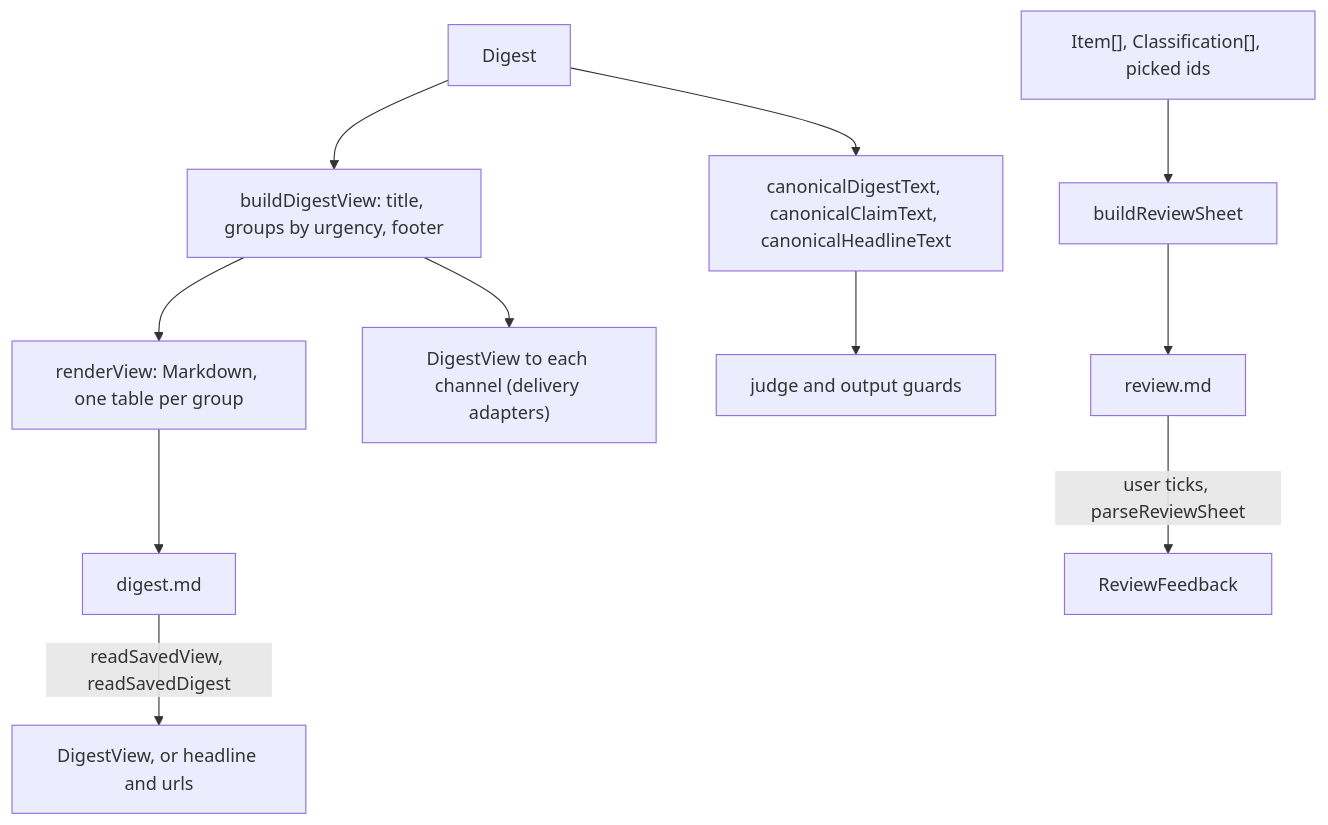
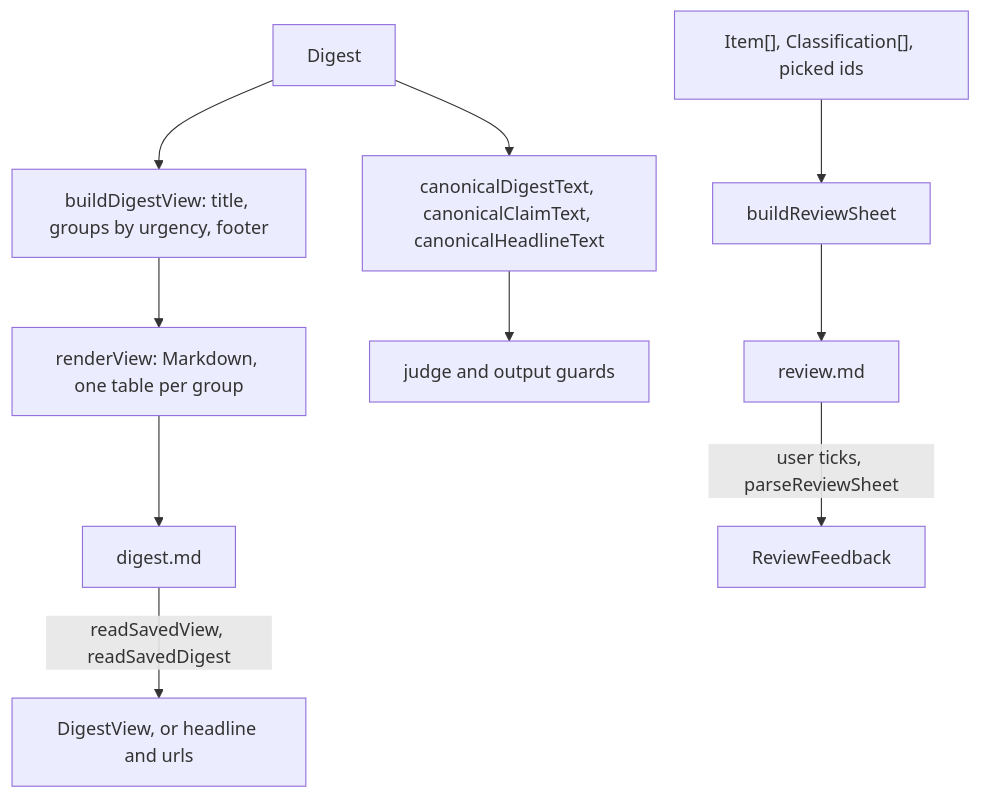
Before and after one commit to odere-pro/weekly-engineering-digest-agent: the second of 2 diagrams in src/render/CLAUDE.md, drawn with Mermaid. The commit also changed other lines of this file and 119 other files, not shown here.

````diff
--- a/src/render/CLAUDE.md
+++ b/src/render/CLAUDE.md
@@ -23,12 +23,11 @@
 ```mermaid
 flowchart TD
   digest[Digest] --> view["buildDigestView: title, groups by urgency, footer"]
   view --> md["renderView: Markdown, one table per group"]
-  view --> chan["DigestView to each channel (delivery adapters)"]
   md --> file["digest.md"]
   file -->|"readSavedView, readSavedDigest"| back["DigestView, or headline and urls"]
   digest --> canon["canonicalDigestText, canonicalClaimText, canonicalHeadlineText"]
   canon --> models["judge and output guards"]
   picks["Item[], Classification[], picked ids"] --> sheet["buildReviewSheet"]
   sheet --> review["review.md"] -->|"user ticks, parseReviewSheet"| fb["ReviewFeedback"]
 ```
````
